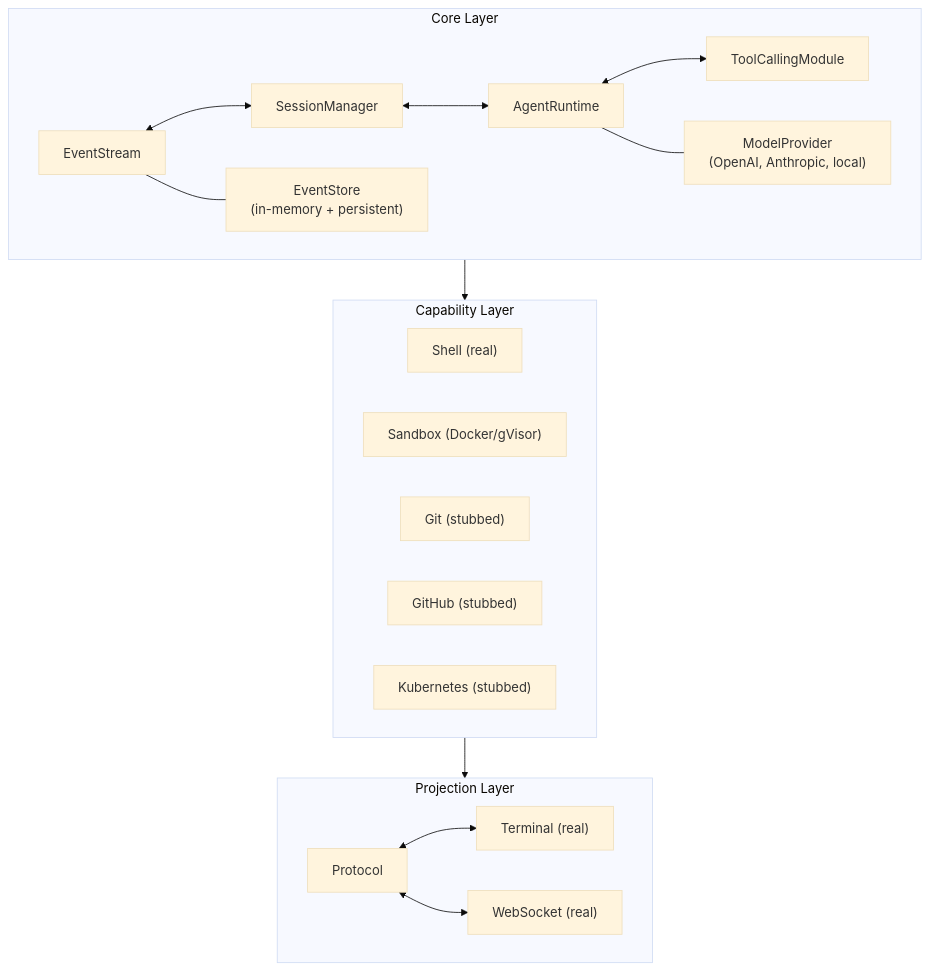
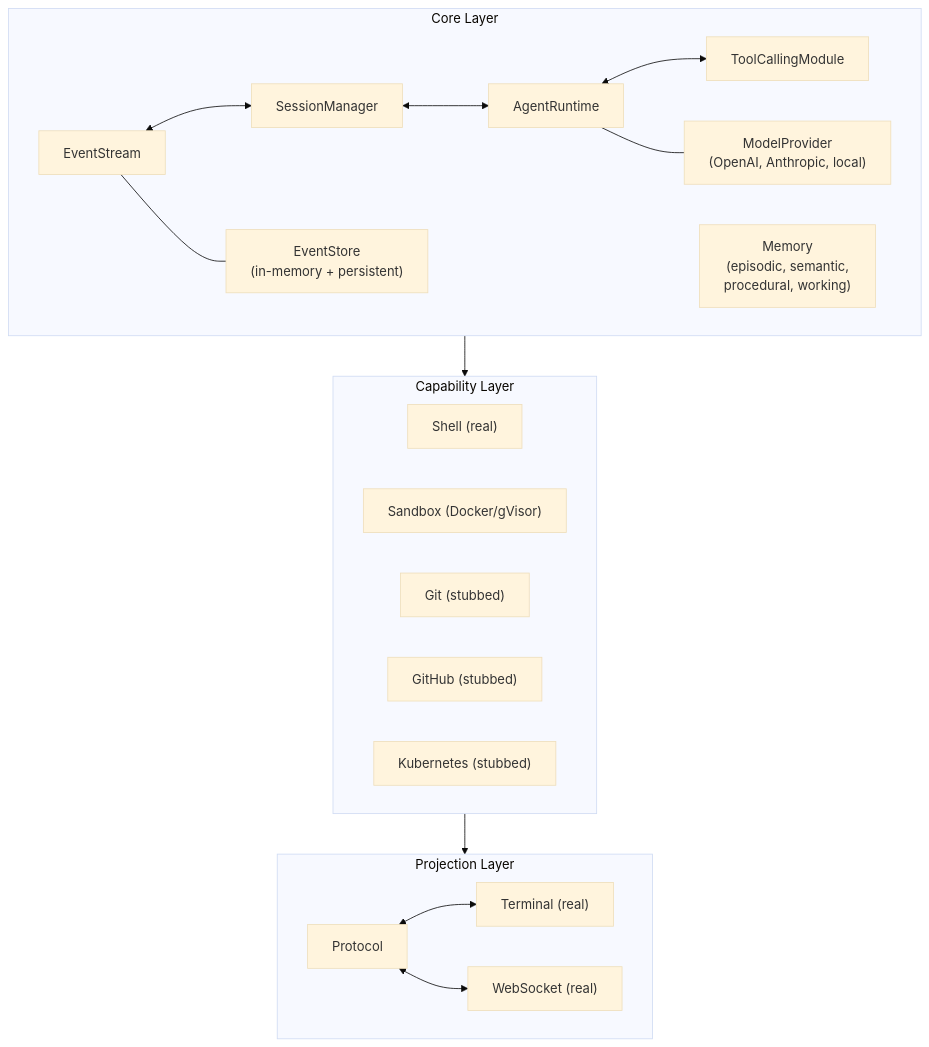
Before and after one commit to allentv/kayak-lab: the first of 3 diagrams in docs/architecture.md, drawn with Mermaid (base theme). The commit also changed other lines of this file and 6 other files, not shown here.

````diff
--- a/docs/architecture.md
+++ b/docs/architecture.md
@@ -5,29 +5,30 @@
 ```mermaid
 graph TB
     subgraph Core["Core Layer"]
         ES["EventStream"] <--> SM["SessionManager"]
         SM <--> AR["AgentRuntime"]
         AR <--> TR["ToolCallingModule"]
         ES --- ESTORE["EventStore<br/>(in-memory + persistent)"]
         AR --- MP["ModelProvider<br/>(OpenAI, Anthropic, local)"]
+        MEM["Memory<br/>(episodic, semantic,<br/>procedural, working)"]
     end
 
     subgraph Capabilities["Capability Layer"]
         Shell["Shell (real)"]
         Sandbox["Sandbox (Docker/gVisor)"]
         Git["Git (stubbed)"]
         GitHub["GitHub (stubbed)"]
         K8s["Kubernetes (stubbed)"]
     end
 
     subgraph Projections["Projection Layer"]
         Protocol["Protocol"]
         Terminal["Terminal (real)"]
         WebSocket["WebSocket (real)"]
         Protocol <--> Terminal
         Protocol <--> WebSocket
     end
 
     Core --> Capabilities
     Capabilities --> Projections
 ```
````
